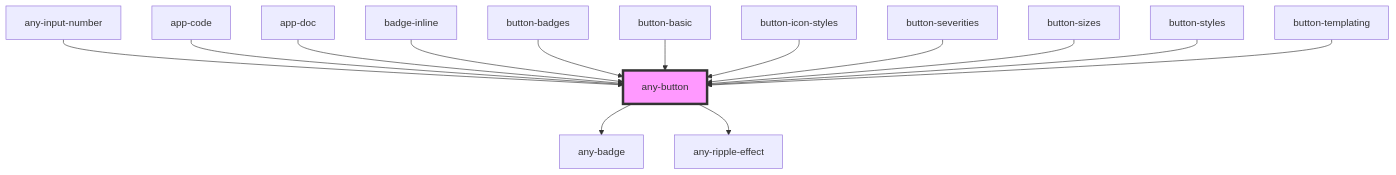
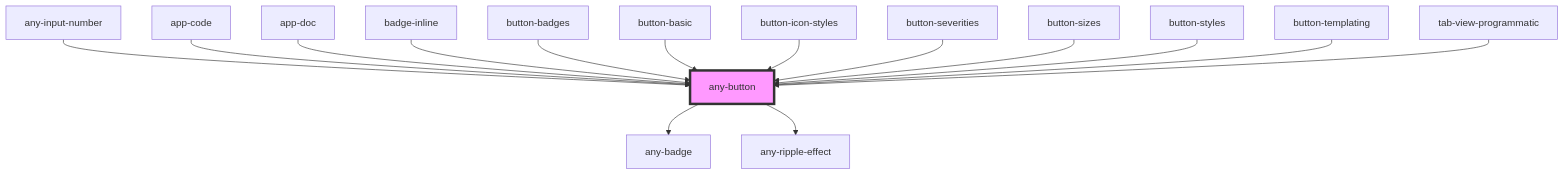
The diagram in packages/core/src/components/button/readme.md (adaleks/anywhere-ui), drawn with Mermaid before and after one commit. The commit also changed other lines of this file and 73 other files, not shown here.

First line of the commit message:
docs(showcase): migrate RadioButton, TabView, VirtualScroller and MultiSelect to the app-doc shell

````diff
--- a/packages/core/src/components/button/readme.md
+++ b/packages/core/src/components/button/readme.md
@@ -87,17 +88,18 @@
 ```mermaid
 graph TD;
   any-button --> any-badge
   any-button --> any-ripple-effect
   any-input-number --> any-button
   app-code --> any-button
   app-doc --> any-button
   badge-inline --> any-button
   button-badges --> any-button
   button-basic --> any-button
   button-icon-styles --> any-button
   button-severities --> any-button
   button-sizes --> any-button
   button-styles --> any-button
   button-templating --> any-button
+  tab-view-programmatic --> any-button
   style any-button fill:#f9f,stroke:#333,stroke-width:4px
 ```
````
